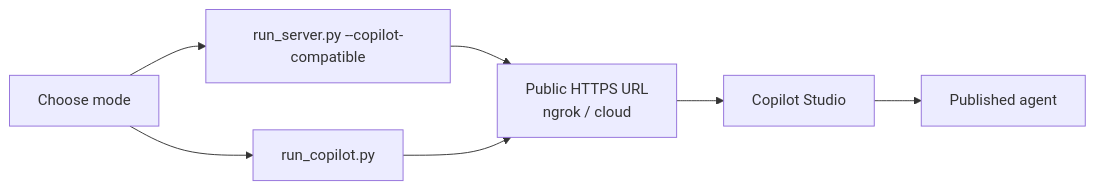
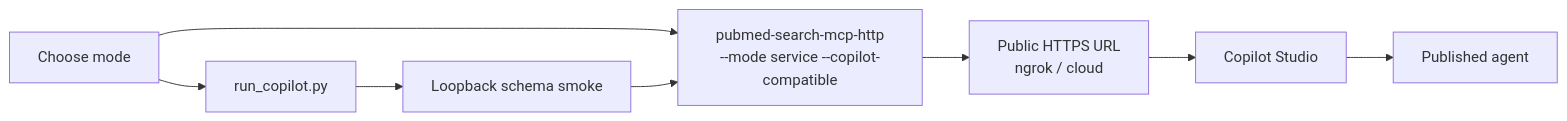
One commit to u9401066/pubmed-search-mcp changed the diagram in copilot-studio/README.md. Above: the diagram before and after it, drawn with Mermaid. The commit also changed other lines of this file and 21 other files, not shown here.

Commit message:
build: split local and service deployment release paths

````diff
--- a/copilot-studio/README.md
+++ b/copilot-studio/README.md
@@ -16,16 +16,18 @@
 ```mermaid
 flowchart LR
   Choose[Choose mode]
-  Full[run_server.py --copilot-compatible]
+  Full[pubmed-search-mcp-http\n--mode service --copilot-compatible]
   Simple[run_copilot.py]
+  Local[Loopback schema smoke]
   Tunnel[Public HTTPS URL\nngrok / cloud]
   Studio[Copilot Studio]
   Agent[Published agent]
 
   Choose --> Full
   Choose --> Simple
   Full --> Tunnel
-  Simple --> Tunnel
+  Simple --> Local
+  Local --> Full
   Tunnel --> Studio
   Studio --> Agent
 ```
````
